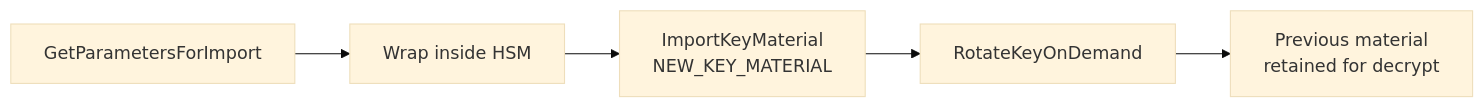
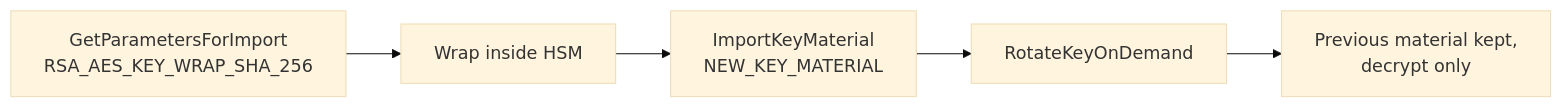
Before and after one commit to luciantanase14/aws-kms-external-key-rotation: the diagram in README.md, drawn with Mermaid (base theme). The commit also changed other lines of this file and 3 other files, not shown here.

````diff
--- a/README.md
+++ b/README.md
@@ -25,7 +23,7 @@
 ```mermaid
 flowchart LR
-  a["GetParametersForImport"] --> b["Wrap inside HSM"]
+  a["GetParametersForImport<br/>RSA_AES_KEY_WRAP_SHA_256"] --> b["Wrap inside HSM"]
   b --> c["ImportKeyMaterial<br/>NEW_KEY_MATERIAL"]
   c --> d["RotateKeyOnDemand"]
-  d --> e["Previous material<br/>retained for decrypt"]
+  d --> e["Previous material kept,<br/>decrypt only"]
 ```
````
